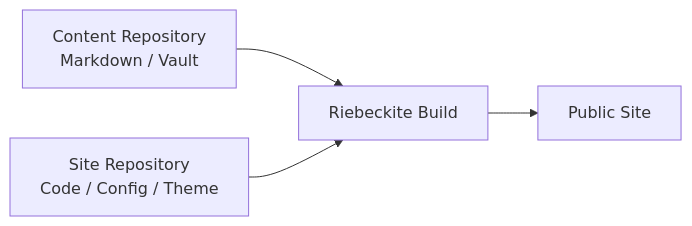
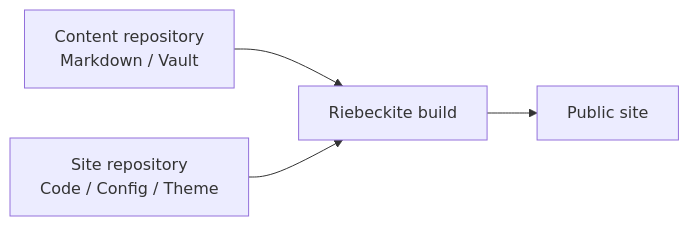
One commit to Rerurate514/riebeckite changed the second of 10 diagrams in docs/docs/guides/content-repositories.md. Above: the diagram before and after it, drawn with Mermaid. The commit also changed other lines of this file and 604 other files, not shown here.

````diff
--- a/docs/docs/guides/content-repositories.md
+++ b/docs/docs/guides/content-repositories.md
@@ -90,11 +48,11 @@
 ```mermaid
 flowchart LR
-    Content["Content Repository<br/>Markdown / Vault"]
-    Site["Site Repository<br/>Code / Config / Theme"]
-    Build["Riebeckite Build"]
-    Public["Public Site"]
+    Content["Content repository<br/>Markdown / Vault"]
+    Site["Site repository<br/>Code / Config / Theme"]
+    Build["Riebeckite build"]
+    Public["Public site"]
 
     Content --> Build
     Site --> Build
     Build --> Public
 ```
````
